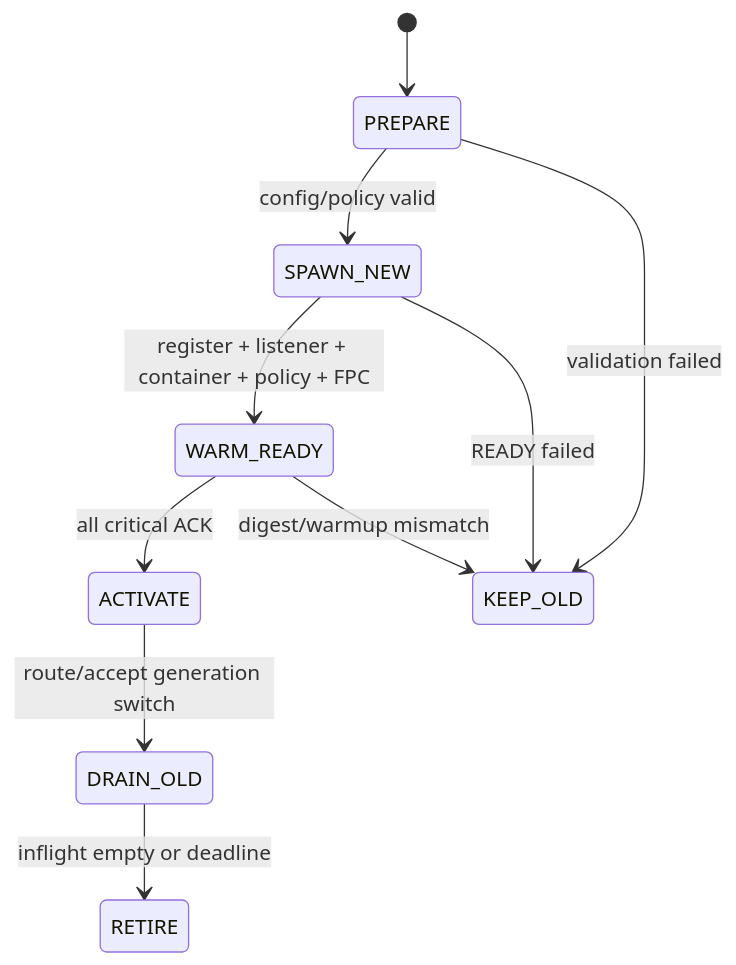
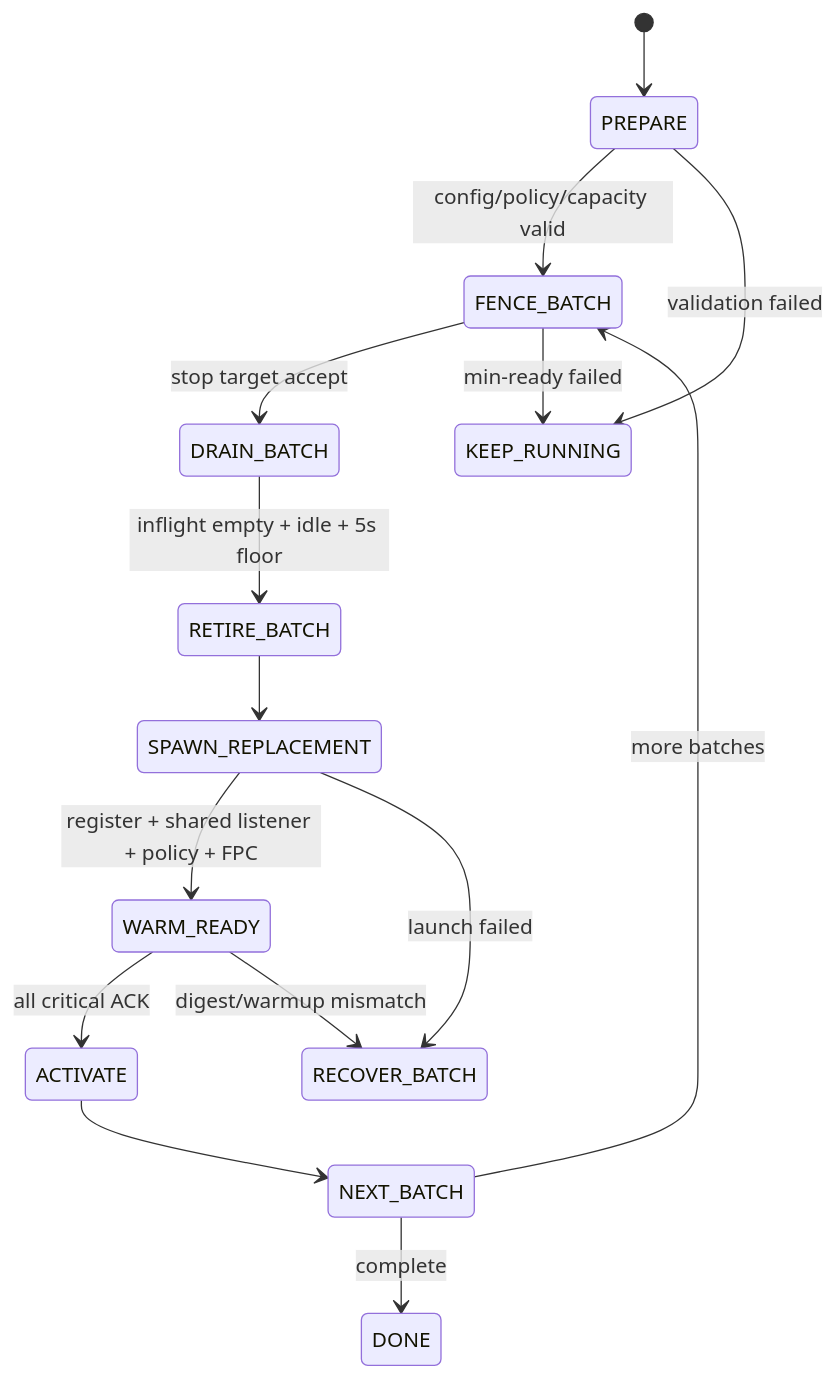
One commit to Aiweline/WelineFramework changed the sixth of 9 diagrams in app/code/Weline/Server/doc/WLS架构图.md. Above: the diagram before and after it, drawn with Mermaid. The commit also changed other lines of this file and 243 other files, not shown here.

````diff
--- a/app/code/Weline/Server/doc/WLS架构图.md
+++ b/app/code/Weline/Server/doc/WLS架构图.md
@@ -304,12 +317,17 @@
 ```mermaid
 stateDiagram-v2
     [*] --> PREPARE
-    PREPARE --> SPAWN_NEW: config/policy valid
-    SPAWN_NEW --> WARM_READY: register + listener + container + policy + FPC
+    PREPARE --> FENCE_BATCH: config/policy/capacity valid
+    FENCE_BATCH --> DRAIN_BATCH: stop target accept
+    DRAIN_BATCH --> RETIRE_BATCH: inflight empty + idle + 5s floor
+    RETIRE_BATCH --> SPAWN_REPLACEMENT
+    SPAWN_REPLACEMENT --> WARM_READY: register + shared listener + policy + FPC
     WARM_READY --> ACTIVATE: all critical ACK
-    ACTIVATE --> DRAIN_OLD: route/accept generation switch
-    DRAIN_OLD --> RETIRE: inflight empty or deadline
-    PREPARE --> KEEP_OLD: validation failed
-    SPAWN_NEW --> KEEP_OLD: READY failed
-    WARM_READY --> KEEP_OLD: digest/warmup mismatch
+    ACTIVATE --> NEXT_BATCH
+    NEXT_BATCH --> FENCE_BATCH: more batches
+    NEXT_BATCH --> DONE: complete
+    PREPARE --> KEEP_RUNNING: validation failed
+    FENCE_BATCH --> KEEP_RUNNING: min-ready failed
+    SPAWN_REPLACEMENT --> RECOVER_BATCH: launch failed
+    WARM_READY --> RECOVER_BATCH: digest/warmup mismatch
 ```
````
